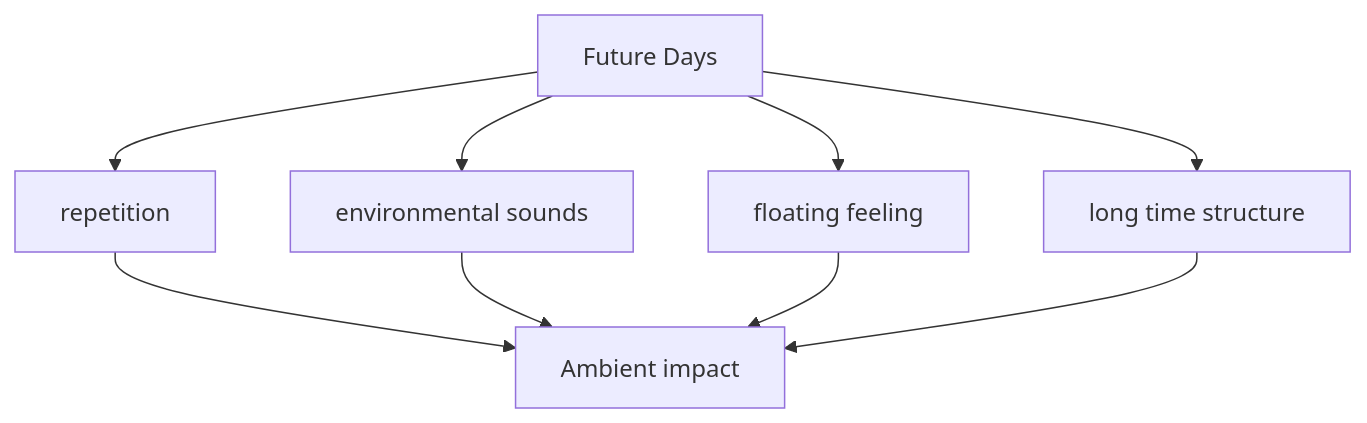
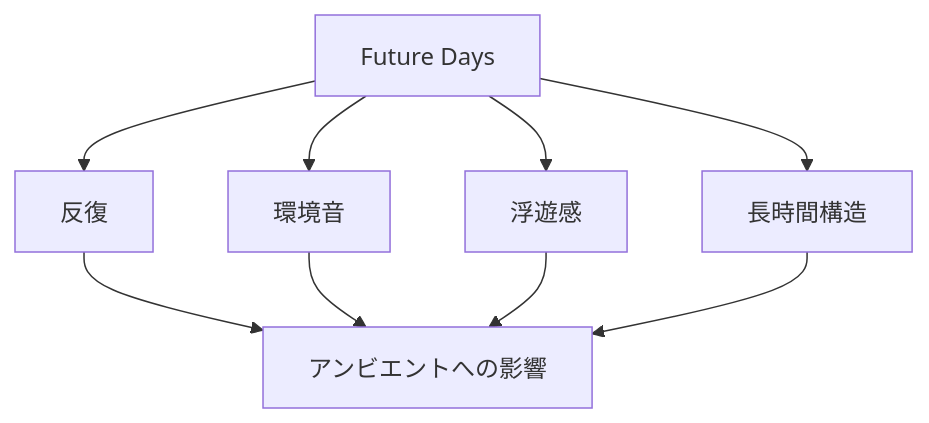
Before and after one commit to monumental-movement/monumental-movement.github.io: the fourth of 8 diagrams in en/_posts/2026-05-16-column-holger-czukay.md, drawn with Mermaid. The commit also changed other lines of this file and 2196 other files, not shown here.

```diff
--- a/en/_posts/2026-05-16-column-holger-czukay.md
+++ b/en/_posts/2026-05-16-column-holger-czukay.md
@@ -262,11 +261,11 @@
 <div class="mermaid">
 graph TD
-A[Future Days] --> B[repetition]
-A --> C[environmental sounds]
-A --> D[floating feeling]
-A --> E[long time structure]
-B --> F[Ambient impact]
+A[Future Days] --> B[反復]
+A --> C[環境音]
+A --> D[浮遊感]
+A --> E[長時間構造]
+B --> F[アンビエントへの影響]
 C --> F
 D --> F
 E --> F
 </div>
```
